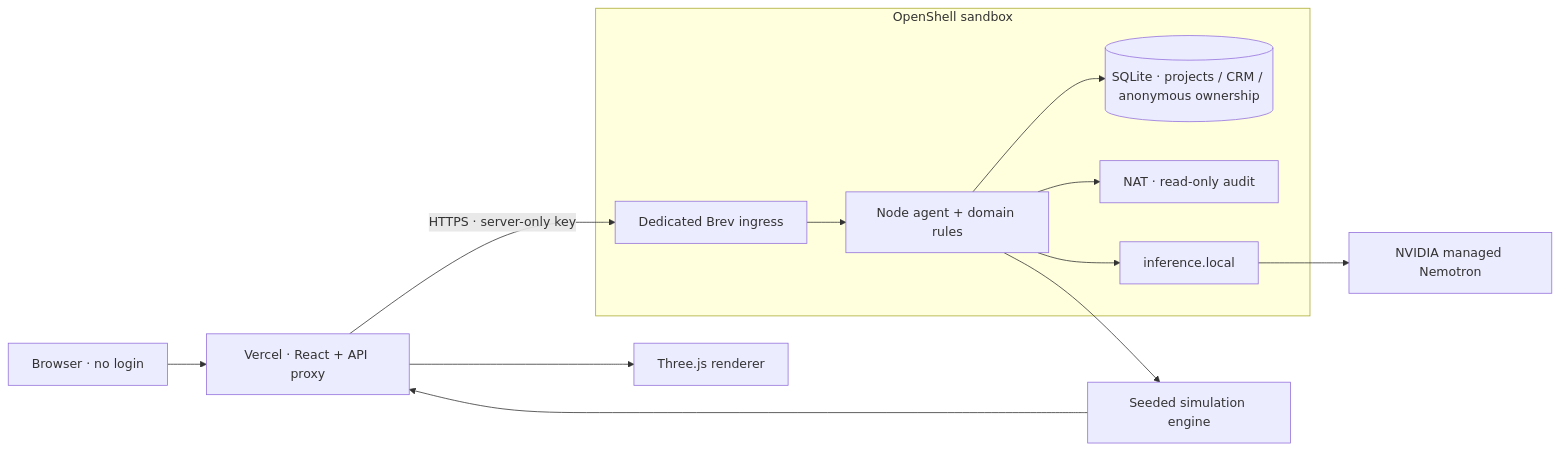
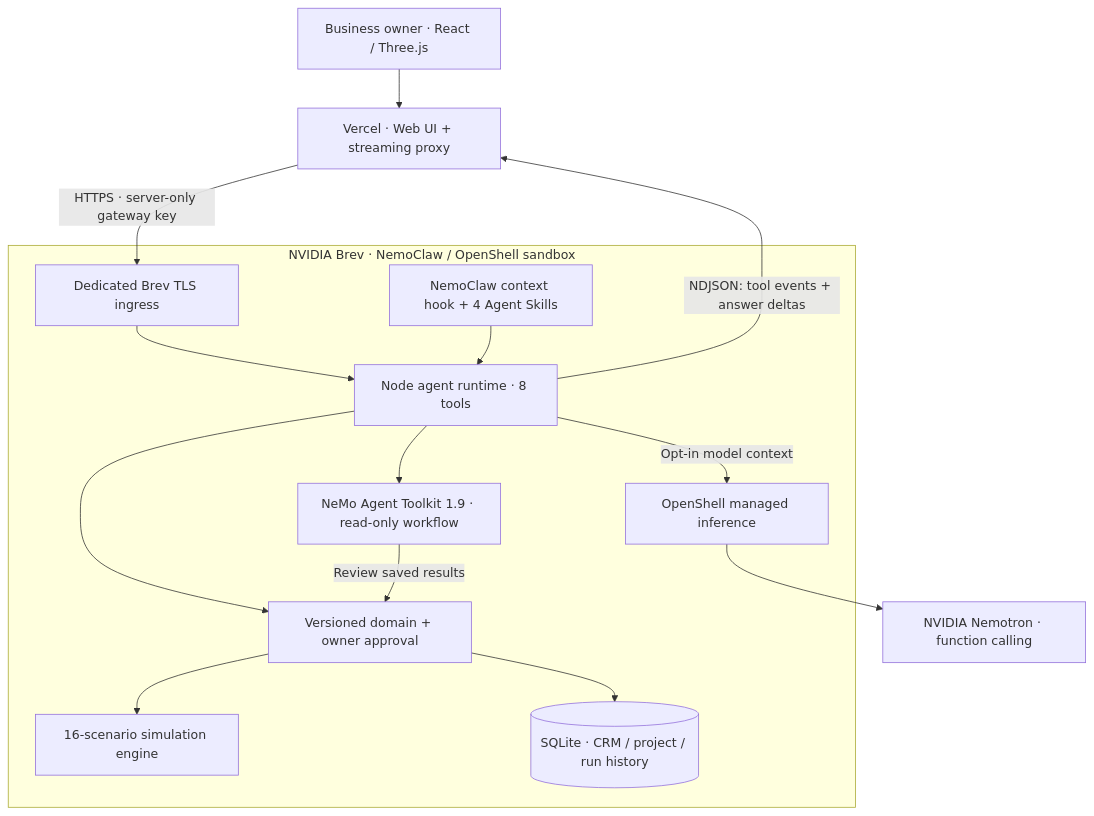
Before and after one commit to yc9954/event-twin: the diagram in README.md, drawn with Mermaid. The commit also changed other lines of this file and 39 other files, not shown here.

Commit message:
Add business onboarding, prepared demo, and NVIDIA architecture guide

````diff
--- a/README.md
+++ b/README.md
@@ -117,15 +106,17 @@
 ```mermaid
-flowchart LR
-  U[Browser · no login] --> V[Vercel · React + API proxy]
-  V -->|HTTPS · server-only key| G[Dedicated Brev ingress]
-  subgraph S[OpenShell sandbox]
-    G --> A[Node agent + domain rules]
-    A --> D[(SQLite · projects / CRM / anonymous ownership)]
-    A --> N[NAT · read-only audit]
-    A --> I[inference.local]
+flowchart TB
+  Browser["Business owner · React / Three.js"] --> Vercel["Vercel · Web UI + streaming proxy"]
+  Vercel -->|"HTTPS · server-only gateway key"| Ingress["Dedicated Brev TLS ingress"]
+  subgraph NVIDIA["NVIDIA Brev · NemoClaw / OpenShell sandbox"]
+    Ingress --> Agent["Node agent runtime · 8 tools"]
+    Context["NemoClaw context hook + 4 Agent Skills"] --> Agent
+    Agent -->|"Opt-in model context"| Inference["OpenShell managed inference"]
+    Agent --> Domain["Versioned domain + owner approval"]
+    Domain --> Sim["16-scenario simulation engine"]
+    Domain --> DB[("SQLite · CRM / project / run history")]
+    NAT["NeMo Agent Toolkit 1.9 · read-only workflow"] -->|"Review saved results"| Domain
+    Agent --> NAT
   end
-  I --> M[NVIDIA managed Nemotron]
-  A --> E[Seeded simulation engine]
-  E --> V
-  V --> R[Three.js renderer]
+  Inference --> Nemotron["NVIDIA Nemotron · function calling"]
+  Agent -->|"NDJSON: tool events + answer deltas"| Vercel
 ```
````
